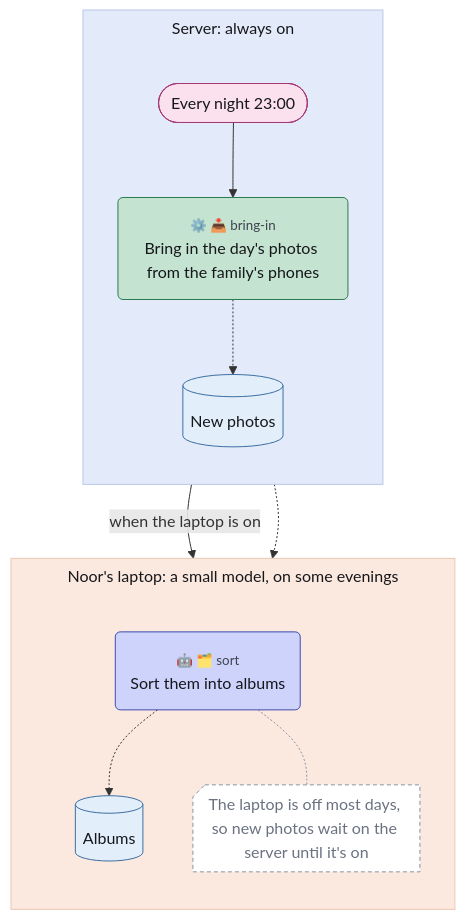
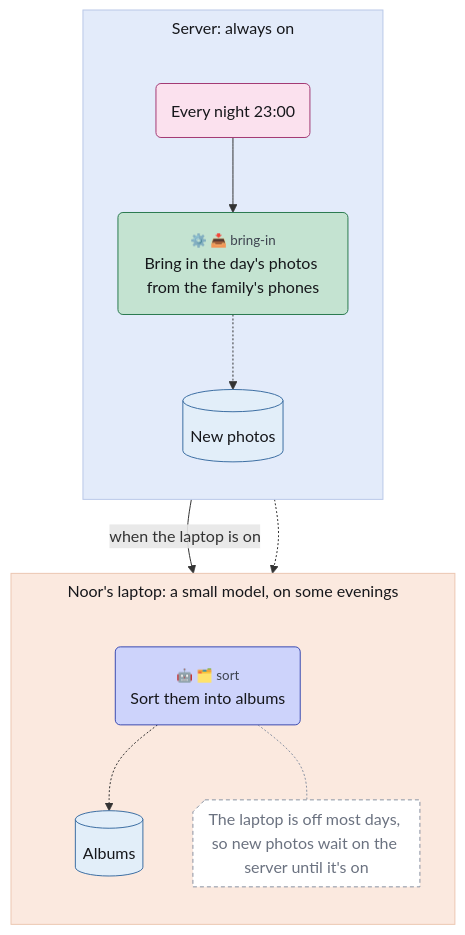
One commit to chrismdp/awml changed the diagram in plugins/awml/skills/awml/references/examples/tour/09-platform-view-home.mmd. Above: the diagram before and after it, drawn with Mermaid. The commit also changed 91 other files, not shown here.

```diff
--- a/plugins/awml/skills/awml/references/examples/tour/09-platform-view-home.mmd
+++ b/plugins/awml/skills/awml/references/examples/tour/09-platform-view-home.mmd
@@ -1,47 +1,47 @@
 ---
 config:
   theme: default
   fontFamily: Inter, sans-serif
   flowchart:
     useMaxWidth: false
     subGraphTitleMargin:
       top: 6
       bottom: 30
 ---
 flowchart TB
   subgraph server["Server#58; always on"]
     direction TB
-    nightly(["Every night 23#58;00"])
+    nightly("Every night 23#58;00")
     bring("<small style='color:rgb(61,67,79)'>⚙️ 📥 bring-in</small><br>Bring in the day#39;s photos from the family#39;s phones")
     new[("New photos")]
   end
   subgraph laptop["Noor#39;s laptop#58; a small model#44; on some evenings"]
     direction TB
     sort("<small style='color:rgb(61,67,79)'>🤖 🗂️ sort</small><br>Sort them into albums")
     albums[("Albums")]
     wait@{ shape: notch-rect, label: "The laptop is off most days#44; so new photos wait on the server until it#39;s on" }
   end
 
   nightly --> bring
   bring -.-> new
   bring -->|"when the laptop is on"| sort
   new -.-> sort
   sort -.-> albums
   sort -.- wait
   classDef trig fill:#fbe1ee,stroke:#a33a74,color:#16171b
   classDef ctx fill:#e2eef9,stroke:#3d6fa3,color:#16171b
   classDef con fill:#eceef2,stroke:#5d6472,color:#16171b
   classDef surf fill:#ffffff,stroke:#2a2d35,stroke-width:1.5px,color:#16171b
   classDef out fill:#fde4dc,stroke:#b5532f,color:#16171b
   classDef ai fill:#cdd3fb,stroke:#3b4bb0,color:#16171b
   classDef code fill:#c4e3d1,stroke:#2b7a4f,color:#16171b
   classDef person fill:#f7d79a,stroke:#9a6100,color:#16171b
   classDef gap fill:#ffffff,stroke:#8a93a3,stroke-dasharray:4 3,color:#6b7280
   class nightly trig
   class new,albums ctx
   class sort ai
   class bring code
   class wait gap
   style server fill:#e3ebfa,stroke:#b9c8e8,color:#16171b
   style laptop fill:#fbe9df,stroke:#ecc7b2,color:#16171b
   linkStyle 5 stroke:#8a93a3
```
